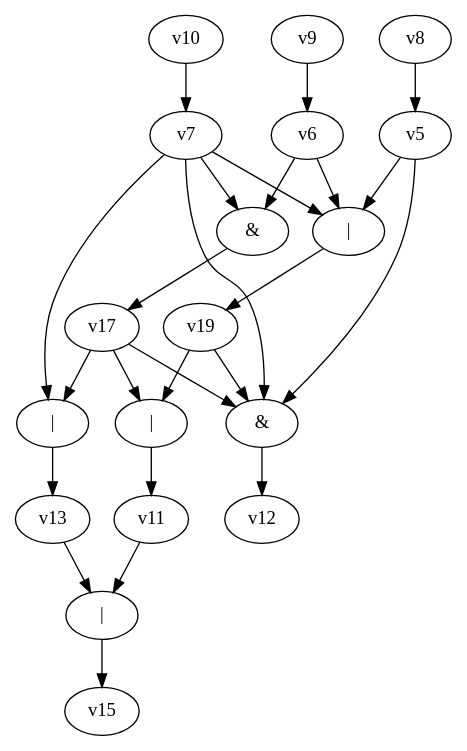
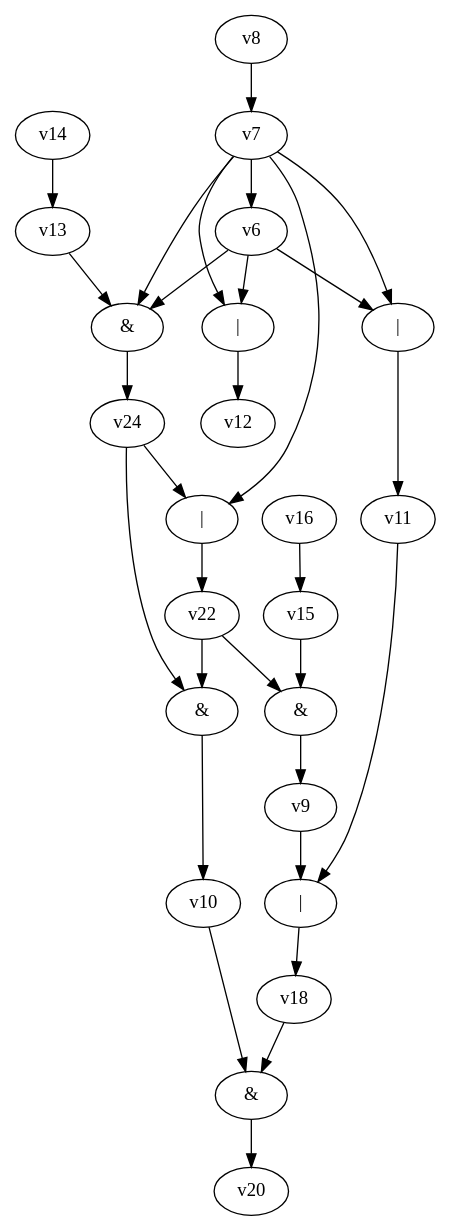
One commit to yadej/graph_project changed the diagram in dot_files/random_bool_circ.dot. Above: the diagram before and after it, drawn with Graphviz. The commit also changed 1 other file, not shown here.

```diff
--- a/dot_files/random_bool_circ.dot
+++ b/dot_files/random_bool_circ.dot
@@ -1,27 +1,31 @@
 digraph G { 
-v0 [label="|"]; 
+v0 [label="&"]; 
 v1 [label="&"]; 
 v2 [label="|"]; 
-v14 [label="|"]; 
-v16 [label="&"]; 
-v18 [label="|"]; 
-v0 -> v11 -> v14 -> v15;
-v1 -> v12;
-v2 -> v13 -> v14;
-v5 -> v1;
-v5 -> v18 -> v19;
-v6 -> v16 -> v17;
-v6 -> v18;
-v7 -> v1;
+v3 [label="|"]; 
+v17 [label="|"]; 
+v19 [label="&"]; 
+v21 [label="|"]; 
+v23 [label="&"]; 
+v0 -> v9 -> v17 -> v18 -> v19 -> v20;
+v1 -> v10 -> v19;
+v2 -> v11 -> v17;
+v3 -> v12;
+v6 -> v2;
+v6 -> v3;
+v6 -> v23 -> v24;
 v7 -> v2;
-v7 -> v16;
-v7 -> v18;
-v8 -> v5;
-v9 -> v6;
-v10 -> v7;
-v17 -> v0;
-v17 -> v1;
-v17 -> v2;
-v19 -> v0;
-v19 -> v1;
+v7 -> v3;
+v7 -> v6;
+v7 -> v21 -> v22;
+v7 -> v23;
+v8 -> v7;
+v13 -> v23;
+v14 -> v13;
+v15 -> v0;
+v16 -> v15;
+v22 -> v0;
+v22 -> v1;
+v24 -> v1;
+v24 -> v21;
 }
```
